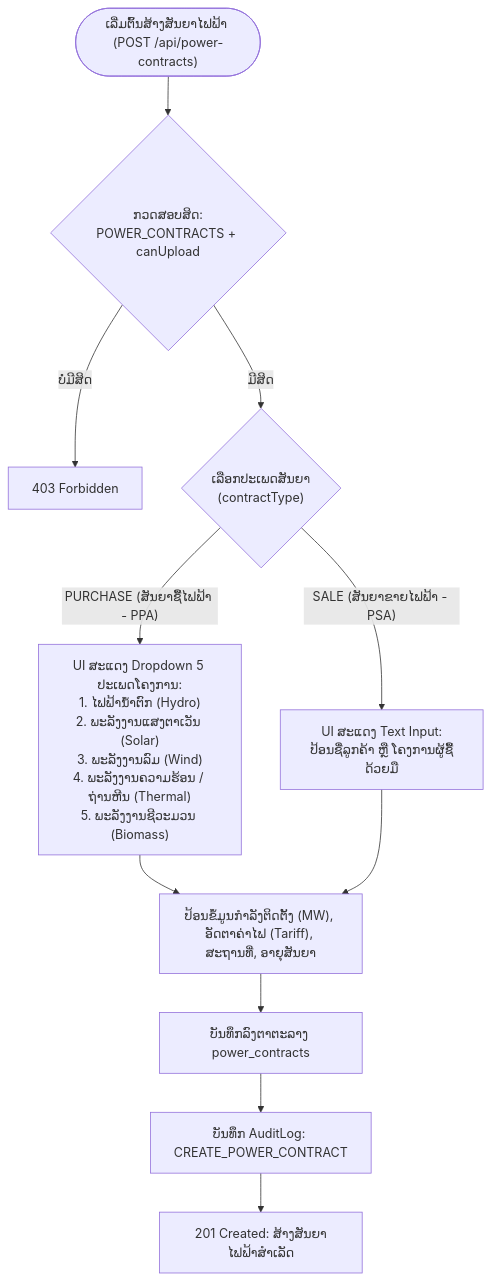
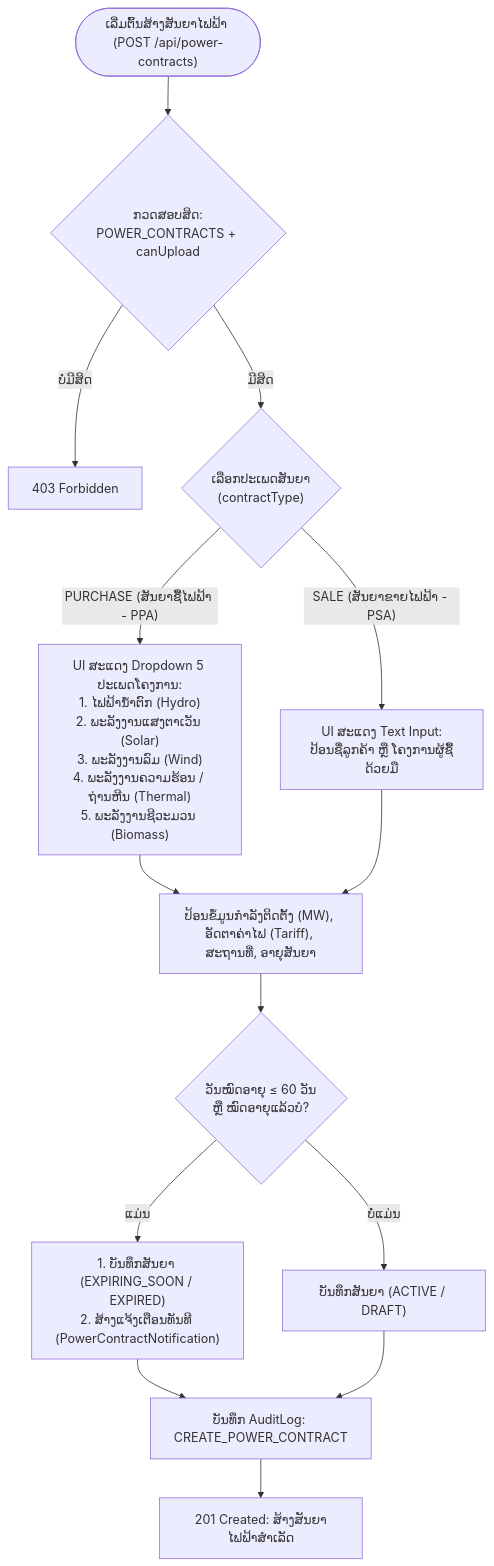
The fifth of 8 diagrams in SYSTEM_FLOW_AND_MODULES.md (SamMie341/legal-contract-backend), drawn with Mermaid before and after one commit. The commit also changed other lines of this file and 5 other files, not shown here.

Commit message:
docs: update FRONTEND_API_SUMMARY, SYSTEM_FLOW_AND_MODULES, and postman collection with latest endpoints and fresh profile schema

````diff
--- a/SYSTEM_FLOW_AND_MODULES.md
+++ b/SYSTEM_FLOW_AND_MODULES.md
@@ -244,15 +248,18 @@
 ```mermaid
 flowchart TD
     Start(["ເລີ່ມຕົ້ນສ້າງສັນຍາໄຟຟ້າ (POST /api/power-contracts)"]) --> CheckDiv{"ກວດສອບສິດ:<br/>POWER_CONTRACTS + canUpload"}
     CheckDiv -- "ບໍ່ມີສິດ" --> Err403["403 Forbidden"]
     CheckDiv -- "ມີສິດ" --> CheckType{"ເລືອກປະເພດສັນຍາ<br/>(contractType)"}
 
     CheckType -- "PURCHASE (ສັນຍາຊື້ໄຟຟ້າ - PPA)" --> PPAFlow["UI ສະແດງ Dropdown 5 ປະເພດໂຄງການ:<br/>1. ໄຟຟ້ານໍ້າຕົກ (Hydro)<br/>2. ພະລັງງານແສງຕາເວັນ (Solar)<br/>3. ພະລັງງານລົມ (Wind)<br/>4. ພະລັງງານຄວາມຮ້ອນ / ຖ່ານຫີນ (Thermal)<br/>5. ພະລັງງານຊີວະມວນ (Biomass)"]
     CheckType -- "SALE (ສັນຍາຂາຍໄຟຟ້າ - PSA)" --> PSAFlow["UI ສະແດງ Text Input:<br/>ປ້ອນຊື່ລູກຄ້າ ຫຼື ໂຄງການຜູ້ຊື້ດ້ວຍມື"]
 
     PPAFlow --> FormInput["ປ້ອນຂໍ້ມູນກຳລັງຕິດຕັ້ງ (MW), ອັດຕາຄ່າໄຟ (Tariff), ສະຖານທີ່, ອາຍຸສັນຍາ"]
     PSAFlow --> FormInput
-    FormInput --> SavePower["ບັນທຶກລົງຕາຕະລາງ power_contracts"]
-    SavePower --> AuditPower["ບັນທຶກ AuditLog: CREATE_POWER_CONTRACT"]
+    FormInput --> CheckExpiry{"ວັນໝົດອາຍຸ &le; 60 ວັນ<br/>ຫຼື ໝົດອາຍຸແລ້ວບໍ?"}
+    CheckExpiry -- "ແມ່ນ" --> SaveAndNotif["1. ບັນທຶກສັນຍາ (EXPIRING_SOON / EXPIRED)<br/>2. ສ້າງແຈ້ງເຕືອນທັນທີ (PowerContractNotification)"]
+    CheckExpiry -- "ບໍ່ແມ່ນ" --> SavePower["ບັນທຶກສັນຍາ (ACTIVE / DRAFT)"]
+    SaveAndNotif --> AuditPower["ບັນທຶກ AuditLog: CREATE_POWER_CONTRACT"]
+    SavePower --> AuditPower
     AuditPower --> SuccessPower["201 Created: ສ້າງສັນຍາໄຟຟ້າສຳເລັດ"]
 ```
````
